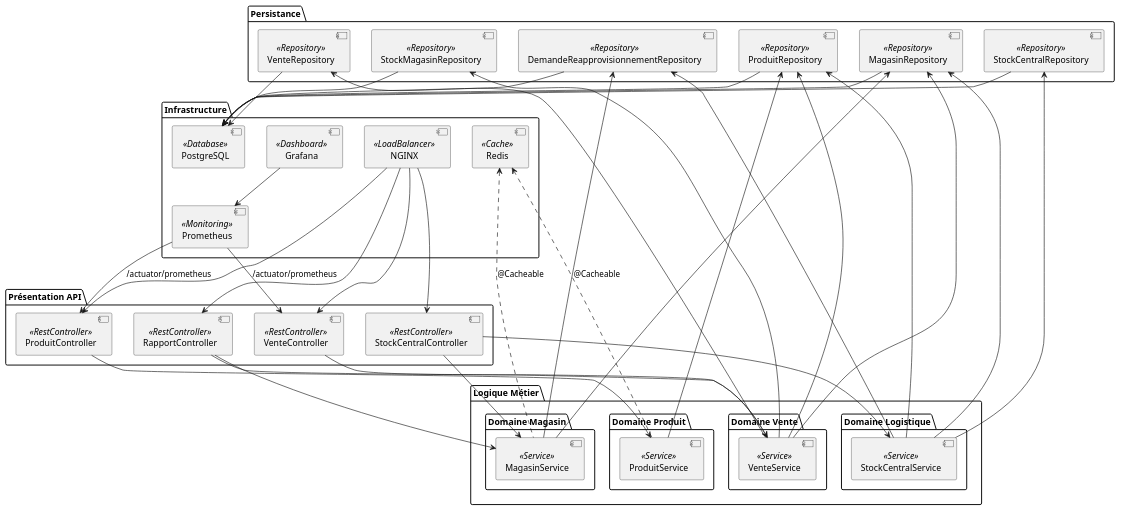
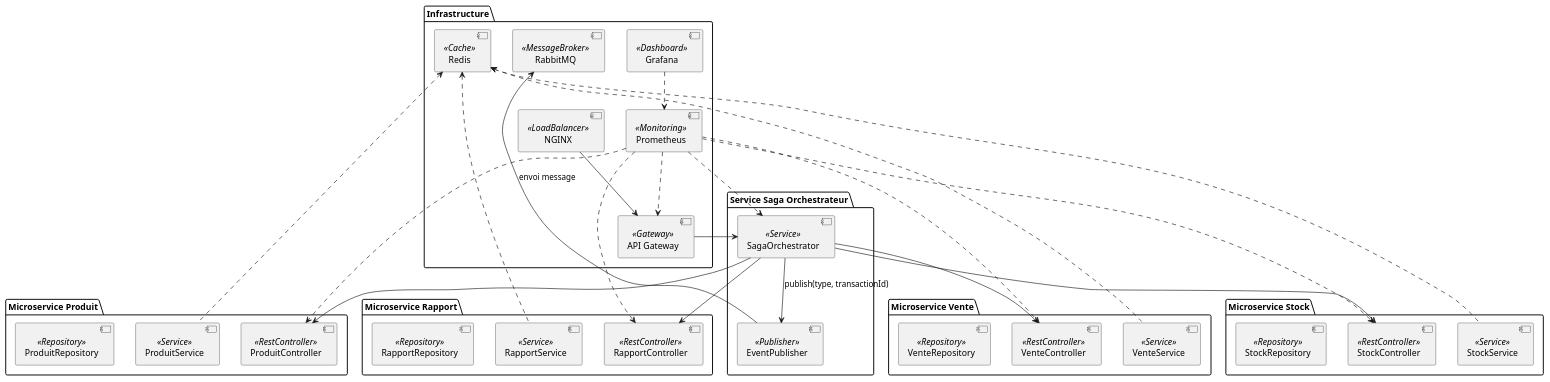
One commit to Anass1707/LOG430-labos changed the diagram in docs/UML/diagrammeComposants.puml. Above: the diagram before and after it, drawn with PlantUML. The commit also changed 16 other files, not shown here.

Commit message:
maj des diagrammes

```diff
--- a/docs/UML/diagrammeComposants.puml
+++ b/docs/UML/diagrammeComposants.puml
@@ -1,82 +1,73 @@
 @startuml
+' Architecture microservices orchestrée avec publication d’événements via RabbitMQ
 
 package "Infrastructure" {
   [NGINX] <<LoadBalancer>>
+  [API Gateway] <<Gateway>>
+  [RabbitMQ] <<MessageBroker>>
   [Redis] <<Cache>>
   [Prometheus] <<Monitoring>>
   [Grafana] <<Dashboard>>
-  [PostgreSQL] <<Database>>
 }
 
-package "Présentation API" {
-  [VenteController] <<RestController>>
-  [RapportController] <<RestController>>
-  [StockCentralController] <<RestController>>
-  [ProduitController] <<RestController>>
+package "Service Saga Orchestrateur" {
+  [SagaOrchestrator] <<Service>>
+  [EventPublisher] <<Publisher>>
 }
 
-package "Logique Métier" {
-  package "Domaine Magasin" {
-    [MagasinService] <<Service>>
-  }
-  package "Domaine Logistique" {
-    [StockCentralService] <<Service>>
-  }
-  package "Domaine Vente" {
-    [VenteService] <<Service>>
-  }
-  package "Domaine Produit" {
-    [ProduitService] <<Service>>
-  }
+package "Microservice Vente" {
+  [VenteController] <<RestController>>
+  [VenteService] <<Service>>
+  [VenteRepository] <<Repository>>
 }
 
-package "Persistance" {
-  [MagasinRepository] <<Repository>>
-  [VenteRepository] <<Repository>>
-  [StockCentralRepository] <<Repository>>
-  [DemandeReapprovisionnementRepository] <<Repository>>
+package "Microservice Produit" {
+  [ProduitController] <<RestController>>
+  [ProduitService] <<Service>>
   [ProduitRepository] <<Repository>>
-  [StockMagasinRepository] <<Repository>>
 }
 
-' --- Relations ---
+package "Microservice Stock" {
+  [StockController] <<RestController>>
+  [StockService] <<Service>>
+  [StockRepository] <<Repository>>
+}
 
-[NGINX] -down-> [VenteController]
-[NGINX] -down-> [RapportController]
-[NGINX] -down-> [StockCentralController]
-[NGINX] -down-> [ProduitController]
 
-[Prometheus] --> [VenteController] : /actuator/prometheus
-[Prometheus] --> [ProduitController] : /actuator/prometheus
-[Grafana] --> [Prometheus]
+package "Microservice Rapport" {
+  [RapportController] <<RestController>>
+  [RapportService] <<Service>>
+  [RapportRepository] <<Repository>>
+}
 
-[Redis] <.. [MagasinService] : @Cacheable
-[Redis] <.. [ProduitService] : @Cacheable
+' Flux principal
+[NGINX] -down-> [API Gateway]
+[API Gateway] -down-> [SagaOrchestrator]
 
-[VenteController] -down-> [VenteService]
-[RapportController] -down-> [MagasinService]
-[StockCentralController] -down-> [MagasinService]
-[RapportController] -down-> [VenteService]
-[StockCentralController] -down-> [StockCentralService]
-[ProduitController] -down-> [ProduitService]
+' Saga appelle directement les services
+[SagaOrchestrator] -down-> [VenteController]
+[SagaOrchestrator] -down-> [ProduitController]
+[SagaOrchestrator] -down-> [StockController]
+[SagaOrchestrator] -down-> [RapportController]
 
-[MagasinService] -up-> [MagasinRepository]
-[MagasinService] -up-> [DemandeReapprovisionnementRepository]
-[StockCentralService] -up-> [StockCentralRepository]
-[StockCentralService] -up-> [DemandeReapprovisionnementRepository]
-[StockCentralService] -up-> [ProduitRepository]
-[StockCentralService] -up-> [MagasinRepository]
-[VenteService] -up-> [VenteRepository]
-[VenteService] -up-> [MagasinRepository]
-[VenteService] -up-> [ProduitRepository]
-[VenteService] -up-> [StockMagasinRepository]
-[ProduitService] -up-> [ProduitRepository]
+' Saga publie des événements après chaque étape
+[SagaOrchestrator] --> [EventPublisher] : publish(type, transactionId)
 
-[MagasinRepository] -down-> [PostgreSQL]
-[VenteRepository] -down-> [PostgreSQL]
-[StockCentralRepository] -down-> [PostgreSQL]
-[DemandeReapprovisionnementRepository] -down-> [PostgreSQL]
-[ProduitRepository] -down-> [PostgreSQL]
-[StockMagasinRepository] -down-> [PostgreSQL]
+[EventPublisher] --> [RabbitMQ] : envoi message
+
+' Monitoring
+[Prometheus] .down.> [API Gateway]
+[Prometheus] .down.> [SagaOrchestrator]
+[Prometheus] .down.> [VenteController]
+[Prometheus] .down.> [ProduitController]
+[Prometheus] .down.> [StockController]
+[Prometheus] .down.> [RapportController]
+[Grafana] ..> [Prometheus]
+
+' Accès au cache
+[VenteService] .up.> [Redis]
+[ProduitService] .up.> [Redis]
+[StockService] .up.> [Redis]
+[RapportService] .up.> [Redis]
 
 @enduml
```
